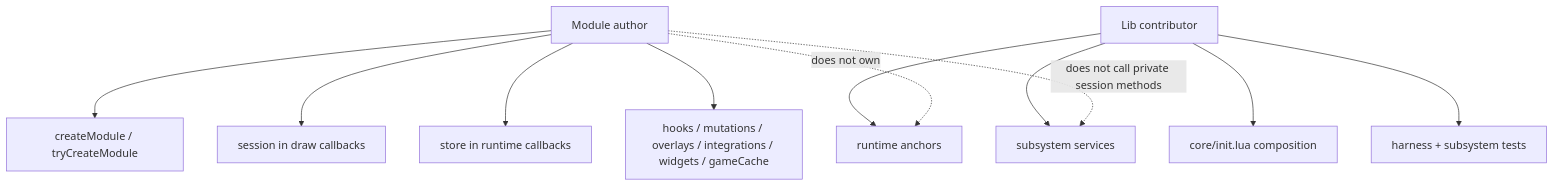
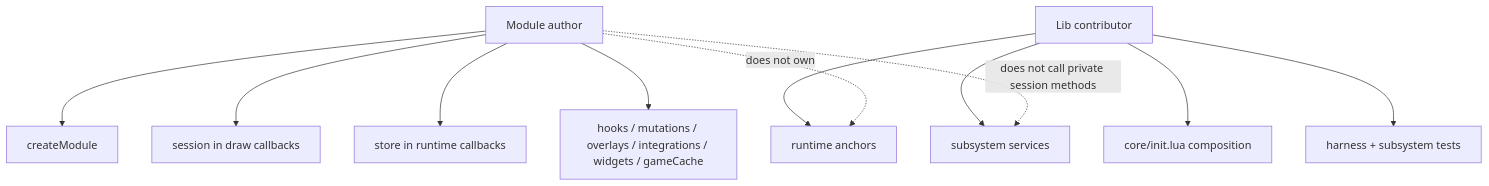
Before and after one commit to maybe-adamant/h2-pack-Modpack_Lib: the fifth of 5 diagrams in docs/SYSTEM_INFRASTRUCTURE.md, drawn with Mermaid. The commit also changed other lines of this file and 32 other files, not shown here.

````diff
--- a/docs/SYSTEM_INFRASTRUCTURE.md
+++ b/docs/SYSTEM_INFRASTRUCTURE.md
@@ -150,18 +150,18 @@
 ```mermaid
 flowchart TD
     AUTHOR["Module author"]
     CONTRIBUTOR["Lib contributor"]
 
-    AUTHOR --> CREATE["createModule / tryCreateModule"]
+    AUTHOR --> CREATE["createModule"]
     AUTHOR --> SESSION["session in draw callbacks"]
     AUTHOR --> STORE["store in runtime callbacks"]
     AUTHOR --> CAPABILITIES["hooks / mutations / overlays / integrations / widgets / gameCache"]
 
     CONTRIBUTOR --> INIT["core/init.lua composition"]
     CONTRIBUTOR --> SERVICES["subsystem services"]
     CONTRIBUTOR --> RUNTIME["runtime anchors"]
     CONTRIBUTOR --> TESTS["harness + subsystem tests"]
 
     AUTHOR -. "does not own" .-> RUNTIME
     AUTHOR -. "does not call private session methods" .-> SERVICES
 ```
````
